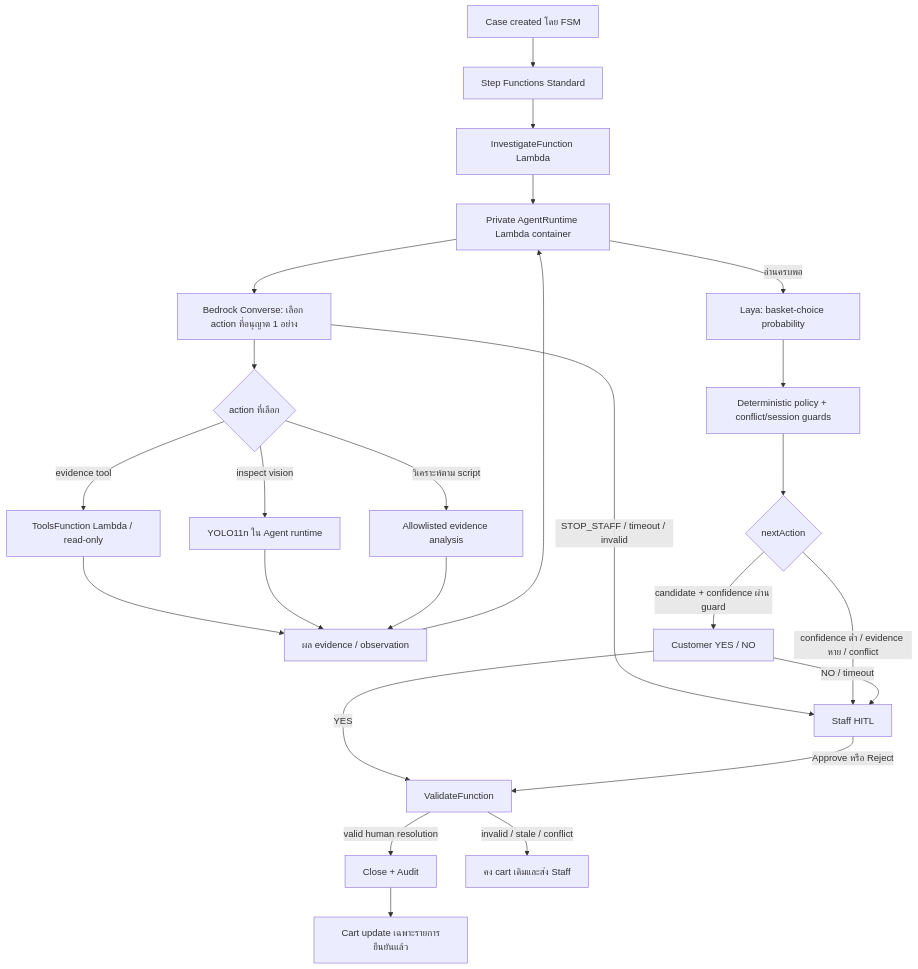
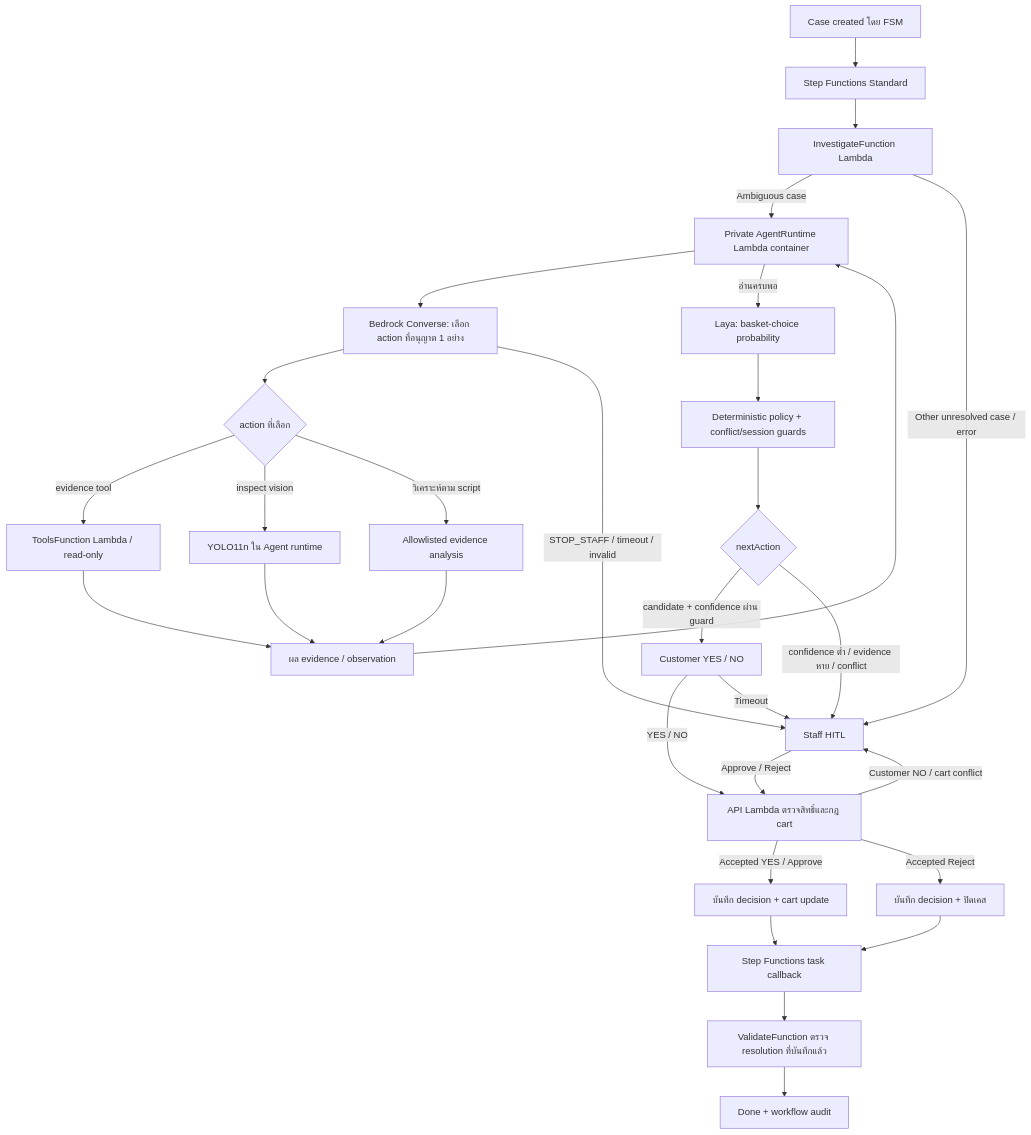
Before and after one commit to thhanabun/NTT_Prototype: the third of 10 diagrams in docs/fast-project-workflow.md, drawn with Mermaid. The commit also changed other lines of this file, not shown here.

Commit message:
docs: align FAST workflow with main

````diff
--- a/docs/fast-project-workflow.md
+++ b/docs/fast-project-workflow.md
@@ -150,27 +170,32 @@
 ```mermaid
 flowchart TD
   Case[Case created โดย FSM] --> SF[Step Functions Standard]
   SF --> Investigate[InvestigateFunction Lambda]
-  Investigate --> Runtime[Private AgentRuntime Lambda container]
+  Investigate -->|Ambiguous case| Runtime[Private AgentRuntime Lambda container]
+  Investigate -->|Other unresolved case / error| Staff[Staff HITL]
   Runtime --> Bedrock[Bedrock Converse: เลือก action ที่อนุญาต 1 อย่าง]
   Bedrock --> Choice{action ที่เลือก}
   Choice -->|evidence tool| ToolLambda[ToolsFunction Lambda / read-only]
   Choice -->|inspect vision| YOLO[YOLO11n ใน Agent runtime]
   Choice -->|วิเคราะห์ตาม script| Script[Allowlisted evidence analysis]
   ToolLambda --> Observation[ผล evidence / observation]
   YOLO --> Observation
   Script --> Observation
   Observation --> Runtime
   Runtime -->|อ่านครบพอ| Laya[Laya: basket-choice probability]
   Laya --> Policy[Deterministic policy + conflict/session guards]
   Policy --> Route{nextAction}
   Bedrock -->|STOP_STAFF / timeout / invalid| Staff[Staff HITL]
   Route -->|candidate + confidence ผ่าน guard| Customer[Customer YES / NO]
   Route -->|confidence ต่ำ / evidence หาย / conflict| Staff
-  Customer -->|YES| Validate[ValidateFunction]
-  Customer -->|NO / timeout| Staff
-  Staff -->|Approve หรือ Reject| Validate
-  Validate -->|valid human resolution| Close[Close + Audit]
-  Validate -->|invalid / stale / conflict| Hold[คง cart เดิมและส่ง Staff]
-  Close --> Cart[Cart update เฉพาะรายการยืนยันแล้ว]
+  Customer -->|YES / NO| Decide[API Lambda ตรวจสิทธิ์และกฎ cart]
+  Customer -->|Timeout| Staff
+  Staff -->|Approve / Reject| Decide
+  Decide -->|Accepted YES / Approve| Cart[บันทึก decision + cart update]
+  Decide -->|Accepted Reject| Reject[บันทึก decision + ปิดเคส]
+  Decide -->|Customer NO / cart conflict| Staff
+  Cart --> Callback[Step Functions task callback]
+  Reject --> Callback
+  Callback --> Validate[ValidateFunction ตรวจ resolution ที่บันทึกแล้ว]
+  Validate --> Done[Done + workflow audit]
 ```
````
